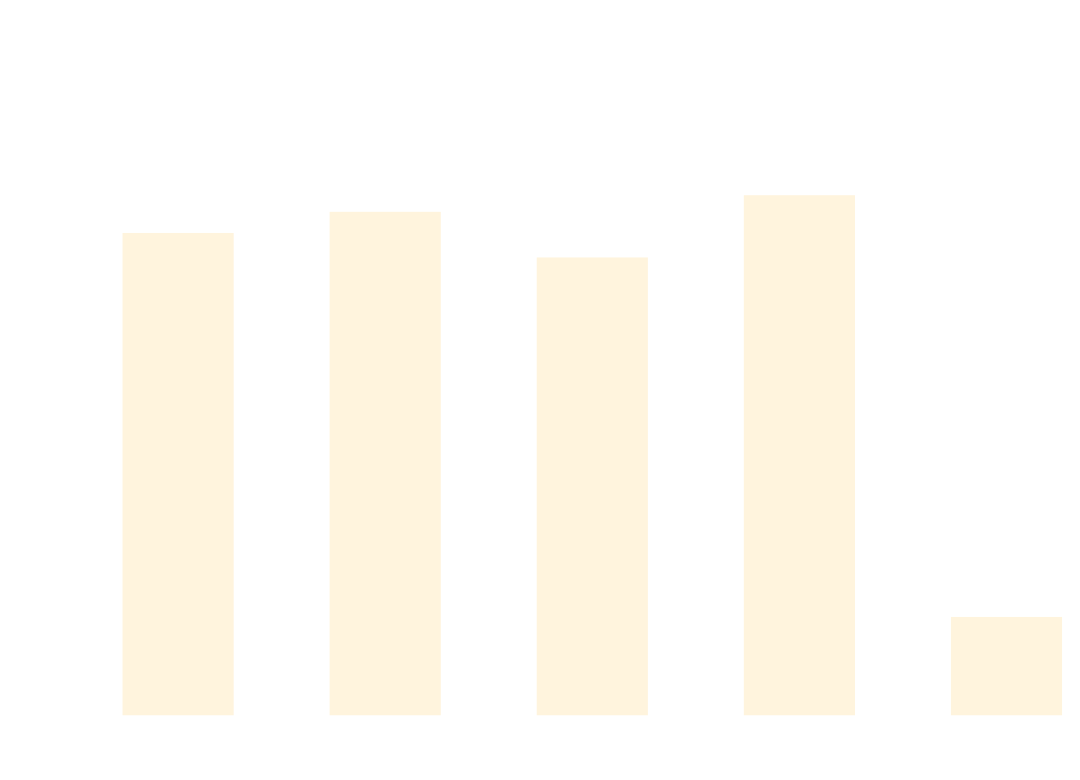
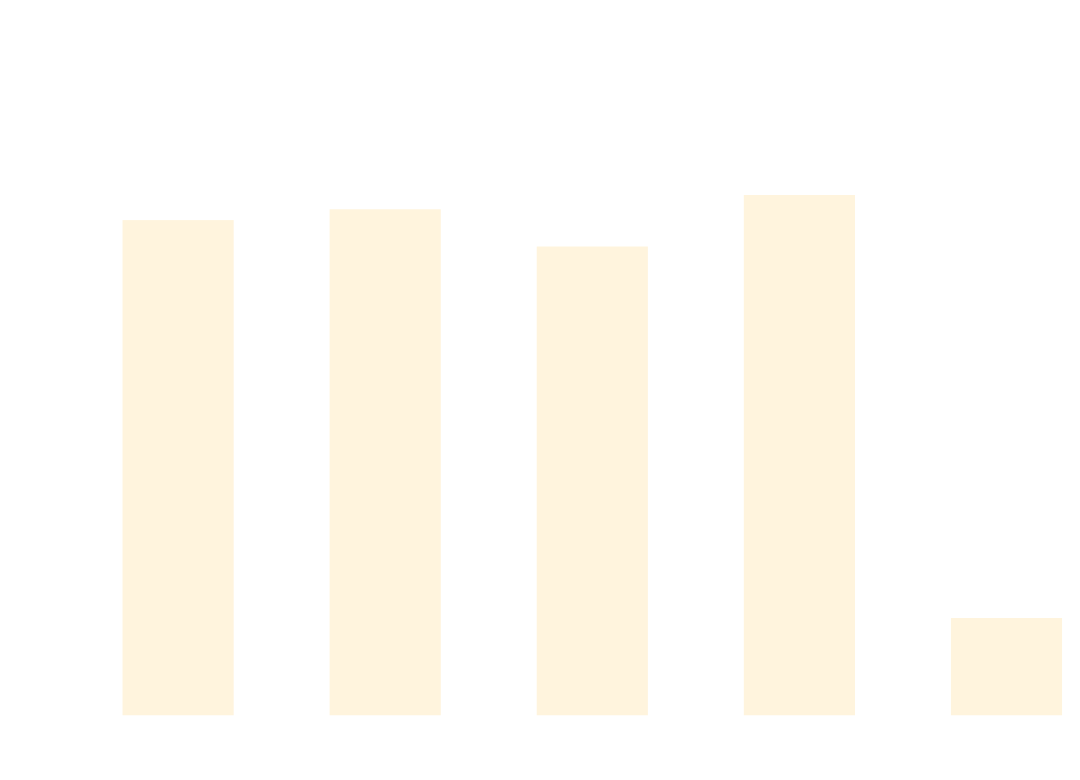
The diagram in docs/docs/benchmarks/AsyncTests.md (thomhurst/TUnit), drawn with Mermaid before and after one commit. The commit also changed other lines of this file and 17 other files, not shown here.

````diff
--- a/docs/docs/benchmarks/AsyncTests.md
+++ b/docs/docs/benchmarks/AsyncTests.md
@@ -27,37 +27,37 @@
 ```mermaid
 %%{init: {
   'theme':'base',
   'themeVariables': {
     'primaryColor': '#2563eb',
     'primaryTextColor': '#ffffff',
     'primaryBorderColor': '#1e40af',
     'lineColor': '#6b7280',
     'secondaryColor': '#7c3aed',
     'tertiaryColor': '#dc2626',
     'background': '#ffffff',
     'mainBkg': '#2563eb',
     'secondBkg': '#7c3aed',
     'tertiaryBkg': '#dc2626',
     'clusterBkg': '#f3f4f6',
     'edgeLabelBackground': '#ffffff',
     'tertiaryTextColor': '#1f2937',
     'pie1': '#2563eb',
     'pie2': '#7c3aed',
     'pie3': '#dc2626',
     'pie4': '#f59e0b',
     'pie5': '#10b981',
     'pie6': '#06b6d4',
     'pie7': '#ec4899',
     'pie8': '#6366f1',
     'pie9': '#84cc16',
     'pie10': '#f97316',
     'pie11': '#14b8a6',
     'pie12': '#a855f7'
   }
 }}%%
 xychart-beta
   title "AsyncTests Performance Comparison"
   x-axis ["TUnit", "NUnit", "MSTest", "xUnit3", "TUnit_AOT"]
-  y-axis "Time (ms)" 0 --> 878
-  bar [676.7, 707.1, 641.5, 731, 124.5]
+  y-axis "Time (ms)" 0 --> 890
+  bar [704.7, 720.5, 666.2, 741.3, 124.6]
 ```
````
